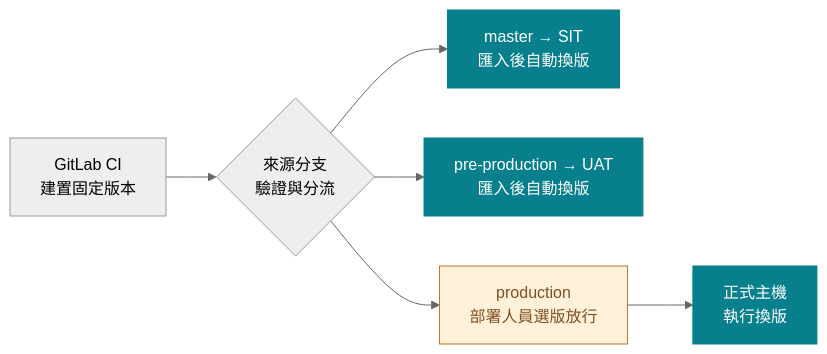
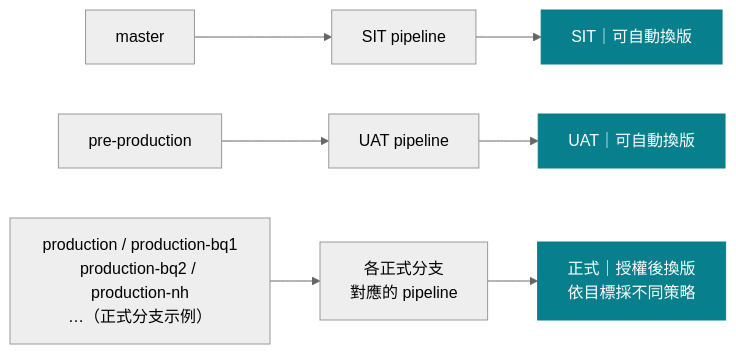
The second of 4 diagrams in docs/presentations/windows-cd-initial-plan.md (cyljacky02/gitlab-win-cicd), drawn with Mermaid (neutral theme) before and after one commit. The commit also changed other lines of this file and 13 other files, not shown here.

Commit message:
docs: align release flow colors and clarify branch-specific deployment strategies

````diff
--- a/docs/presentations/windows-cd-initial-plan.md
+++ b/docs/presentations/windows-cd-initial-plan.md
@@ -106,27 +106,31 @@
 ```mermaid
 flowchart LR
 %% @name environment-approval
- A["GitLab CI<br/>建置固定版本"]
- B{"來源分支<br/>驗證與分流"}
- C["master → SIT<br/>匯入後自動換版"]
- D["pre-production → UAT<br/>匯入後自動換版"]
- E["production<br/>部署人員選版放行"]
- F["正式主機<br/>執行換版"]
-%% @node A 0 90 195 85
-%% @node B 250 85 190 95
-%% @node C 555 0 325 75
-%% @node D 555 95 325 75
-%% @node E 505 190 215 80
-%% @node F 760 190 120 80
-%% @route B C 480 132 480 37
-%% @route B E 460 132 460 230
-A --> B
-B --> C
-B --> D
+ A["master"]
+ B["pre-production"]
+ C["production / production-bq1<br/>production-bq2 / production-nh<br/>…（正式分支示例）"]
+ D["SIT pipeline"]
+ E["UAT pipeline"]
+ F["各正式分支<br/>對應的 pipeline"]
+ G["SIT｜可自動換版"]
+ H["UAT｜可自動換版"]
+ I["正式｜授權後換版<br/>依目標採不同策略"]
+%% @node A 0 0 330 65
+%% @node B 0 85 330 65
+%% @node C 0 170 330 110
+%% @node D 375 0 225 65
+%% @node E 375 85 225 65
+%% @node F 375 170 225 110
+%% @node G 645 0 235 65
+%% @node H 645 85 235 65
+%% @node I 645 170 235 110
+A --> D
+D --> G
 B --> E
-E --> F
-class C,D,F target
-class E control
+E --> H
+C --> F
+F --> I
+class G,H,I target
 classDef control fill:#FFF1DA,color:#80501F,stroke:#C57227
 classDef target fill:#087F8C,color:#ffffff,stroke:#087F8C
 ```
````
